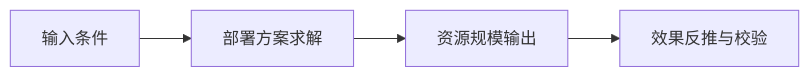
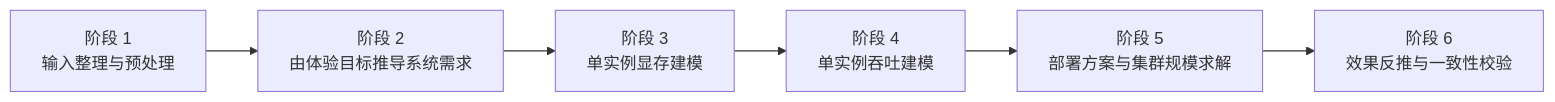
Before and after one commit to exitNA/llm_gpu_inference_calc: the diagram in docs/llm_gpu_inference_calc.md, drawn with Mermaid. The commit also changed other lines of this file, not shown here.

````diff
--- a/docs/llm_gpu_inference_calc.md
+++ b/docs/llm_gpu_inference_calc.md
@@ -74,9 +36,11 @@
 ```mermaid
 flowchart LR
-    A[输入条件]
-    B[部署方案求解]
-    C[资源规模输出]
-    D[效果反推与校验]
+    A[阶段 1<br/>输入整理与预处理]
+    B[阶段 2<br/>由体验目标推导系统需求]
+    C[阶段 3<br/>单实例显存建模]
+    D[阶段 4<br/>单实例吞吐建模]
+    E[阶段 5<br/>部署方案与集群规模求解]
+    F[阶段 6<br/>效果反推与一致性校验]
 
-    A --> B --> C --> D
+    A --> B --> C --> D --> E --> F
 ```
````
